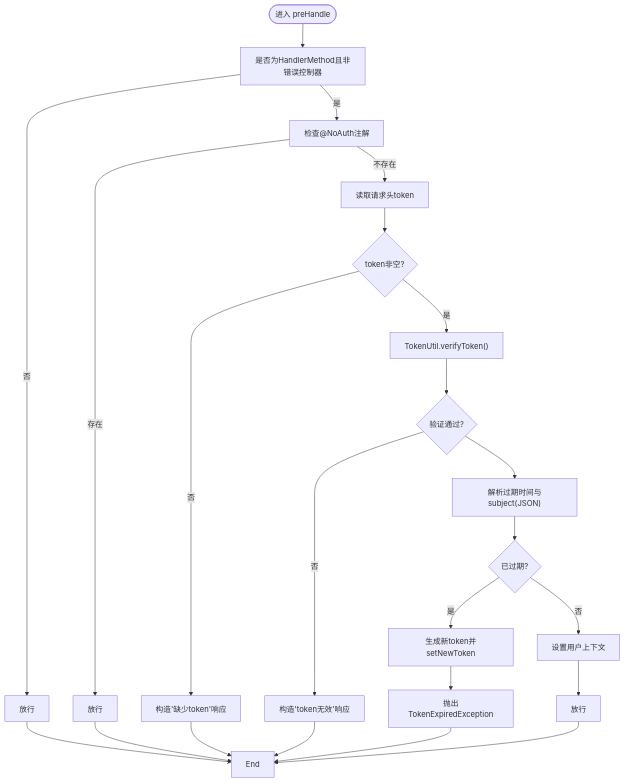
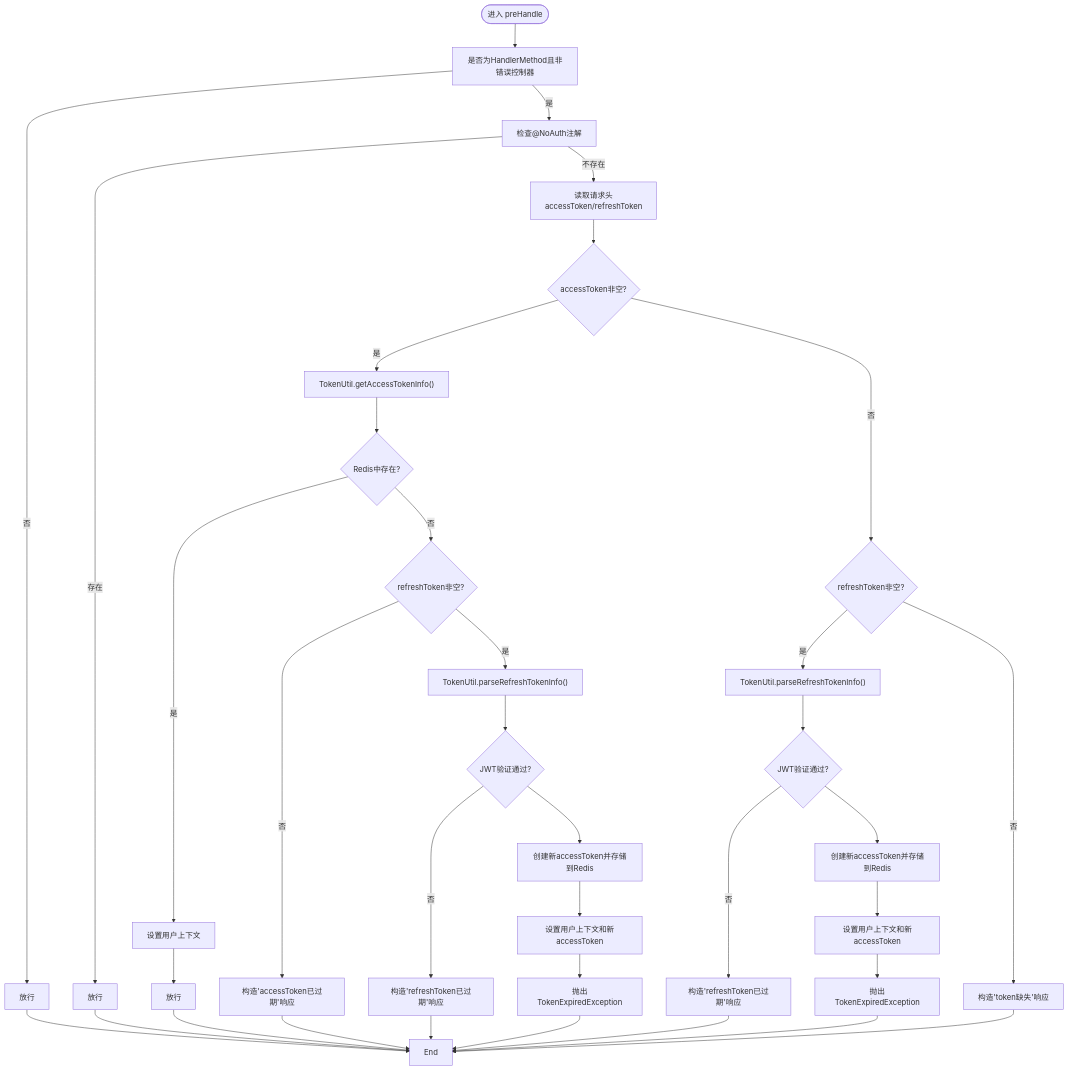
The third of 9 diagrams in .qoder/repowiki/zh/content/安全与认证/权限拦截器.md (liftp/chat_simple), drawn with Mermaid before and after one commit. The commit also changed other lines of this file and 6 other files, not shown here.

````diff
--- a/.qoder/repowiki/zh/content/安全与认证/权限拦截器.md
+++ b/.qoder/repowiki/zh/content/安全与认证/权限拦截器.md
@@ -171,17 +205,28 @@
 ```mermaid
 flowchart TD
 Start(["进入 preHandle"]) --> CheckHandler["是否为HandlerMethod且非错误控制器"]
 CheckHandler --> |否| Pass1["放行"] --> End
 CheckHandler --> |是| CheckNoAuth["检查@NoAuth注解"]
 CheckNoAuth --> |存在| Pass2["放行"] --> End
-CheckNoAuth --> |不存在| ReadToken["读取请求头token"]
-ReadToken --> HasToken{"token非空?"}
-HasToken --> |否| RespMissing["构造'缺少token'响应"] --> End
-HasToken --> |是| Verify["TokenUtil.verifyToken()"]
-Verify --> Valid{"验证通过?"}
-Valid --> |否| RespInvalid["构造'token无效'响应"] --> End
-Valid --> Parse["解析过期时间与subject(JSON)"]
-Parse --> Expired{"已过期?"}
-Expired --> |是| Renew["生成新token并setNewToken"] --> Throw["抛出TokenExpiredException"] --> End
-Expired --> |否| SetCtx["设置用户上下文"] --> Pass3["放行"] --> End
+CheckNoAuth --> |不存在| ReadTokens["读取请求头accessToken/refreshToken"]
+ReadTokens --> HasAccessToken{"accessToken非空?"}
+HasAccessToken --> |是| VerifyAccessToken["TokenUtil.getAccessTokenInfo()"]
+VerifyAccessToken --> ValidAccessToken{"Redis中存在?"}
+ValidAccessToken --> |是| SetCtx1["设置用户上下文"] --> Pass3["放行"] --> End
+ValidAccessToken --> |否| HasRefreshToken{"refreshToken非空?"}
+HasRefreshToken --> |否| RespMissing["构造'accessToken已过期'响应"] --> End
+HasRefreshToken --> |是| VerifyRefreshToken["TokenUtil.parseRefreshTokenInfo()"]
+VerifyRefreshToken --> ValidRefreshToken{"JWT验证通过?"}
+ValidRefreshToken --> |否| RespInvalid["构造'refreshToken已过期'响应"] --> End
+ValidRefreshToken --> CreateNewToken["创建新accessToken并存储到Redis"]
+CreateNewToken --> SetCtx2["设置用户上下文和新accessToken"]
+SetCtx2 --> Throw["抛出TokenExpiredException"] --> End
+HasAccessToken --> |否| HasRefreshToken2{"refreshToken非空?"}
+HasRefreshToken2 --> |是| VerifyRefreshToken2["TokenUtil.parseRefreshTokenInfo()"]
+VerifyRefreshToken2 --> ValidRefreshToken2{"JWT验证通过?"}
+ValidRefreshToken2 --> |否| RespInvalid2["构造'refreshToken已过期'响应"] --> End
+ValidRefreshToken2 --> CreateNewToken2["创建新accessToken并存储到Redis"]
+CreateNewToken2 --> SetCtx3["设置用户上下文和新accessToken"]
+SetCtx3 --> Throw2["抛出TokenExpiredException"] --> End
+HasRefreshToken2 --> |否| RespLack["构造'token缺失'响应"] --> End
 ```
````
